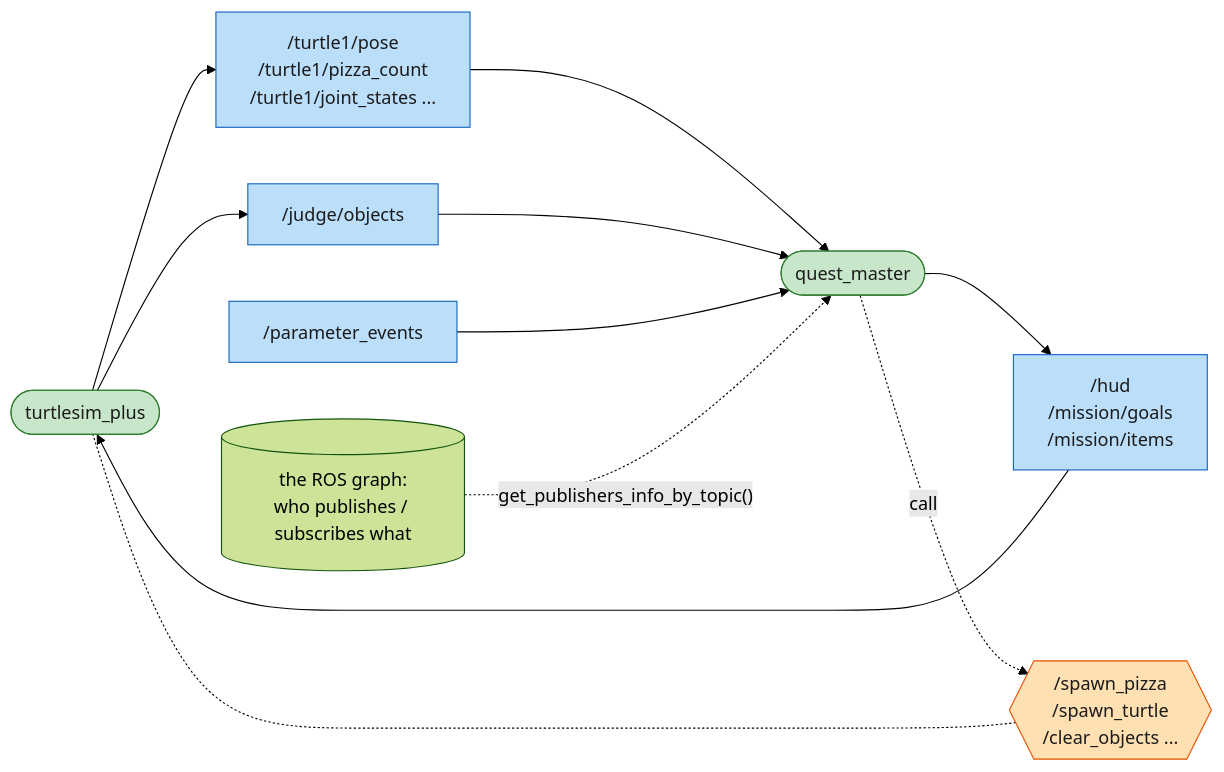
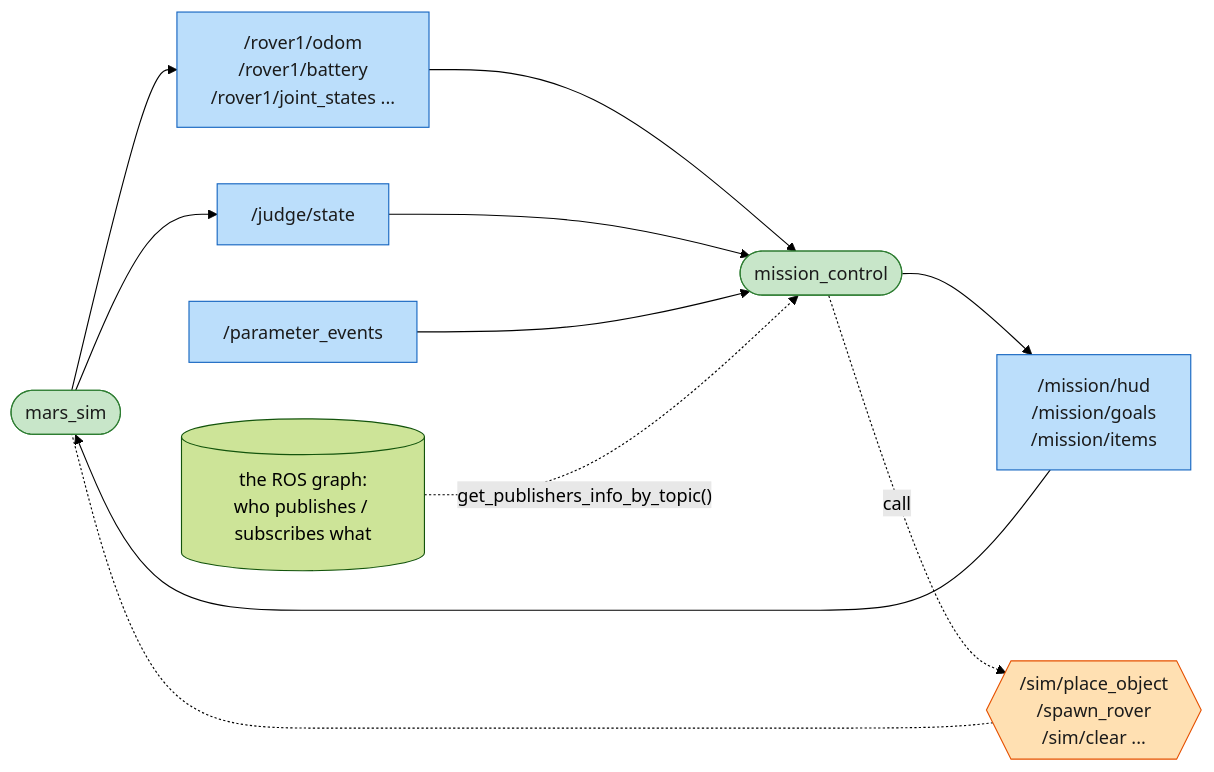
Diagram 13 of 14 in ARCHITECTURE.md (kittinook/ros2_tutorial), drawn with Mermaid (forest theme) before and after one commit. The commit also changed other lines of this file and 183 other files, not shown here.

First line of the commit message:
Replace Turtle Quest with Mars Rover Academy

````diff
--- a/ARCHITECTURE.md
+++ b/ARCHITECTURE.md
@@ -329,16 +358,16 @@
 ```mermaid
 flowchart LR
     classDef ros fill:#c8e6c9,stroke:#2e7d32,color:#1b1b1b
     classDef topic fill:#bbdefb,stroke:#1565c0,color:#1b1b1b
     classDef srv fill:#ffe0b2,stroke:#e65100,color:#1b1b1b
 
-    SIM(["turtlesim_plus"]):::ros
-    QM(["quest_master"]):::ros
+    SIM(["mars_sim"]):::ros
+    MC(["mission_control"]):::ros
     G[("the ROS graph:<br/>who publishes / subscribes what")]
-    SIM --> O1["/turtle1/pose<br/>/turtle1/pizza_count<br/>/turtle1/joint_states ..."]:::topic --> QM
-    SIM --> J["/judge/objects"]:::topic --> QM
-    PE["/parameter_events"]:::topic --> QM
-    G -. "get_publishers_info_by_topic()" .-> QM
-    QM --> HUD["/hud<br/>/mission/goals<br/>/mission/items"]:::topic --> SIM
-    QM -. call .-> SP{{"/spawn_pizza<br/>/spawn_turtle<br/>/clear_objects ..."}}:::srv -.- SIM
+    SIM --> O1["/rover1/odom<br/>/rover1/battery<br/>/rover1/joint_states ..."]:::topic --> MC
+    SIM --> J["/judge/state"]:::topic --> MC
+    PE["/parameter_events"]:::topic --> MC
+    G -. "get_publishers_info_by_topic()" .-> MC
+    MC --> HUD["/mission/hud<br/>/mission/goals<br/>/mission/items"]:::topic --> SIM
+    MC -. call .-> SP{{"/sim/place_object<br/>/spawn_rover<br/>/sim/clear ..."}}:::srv -.- SIM
 ```
````
